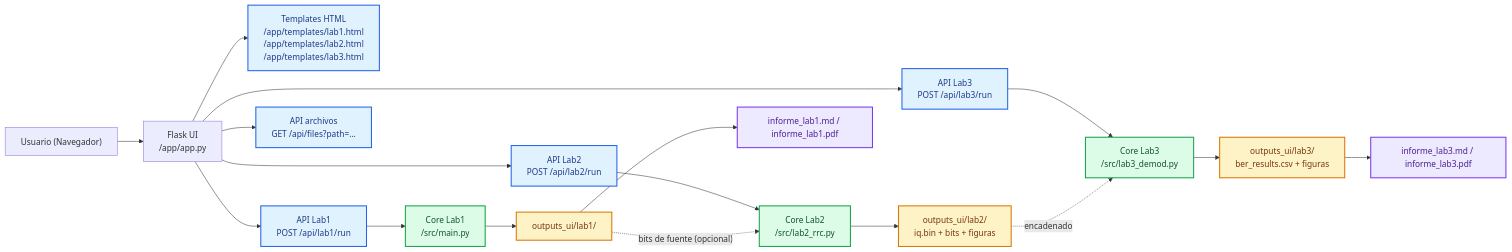
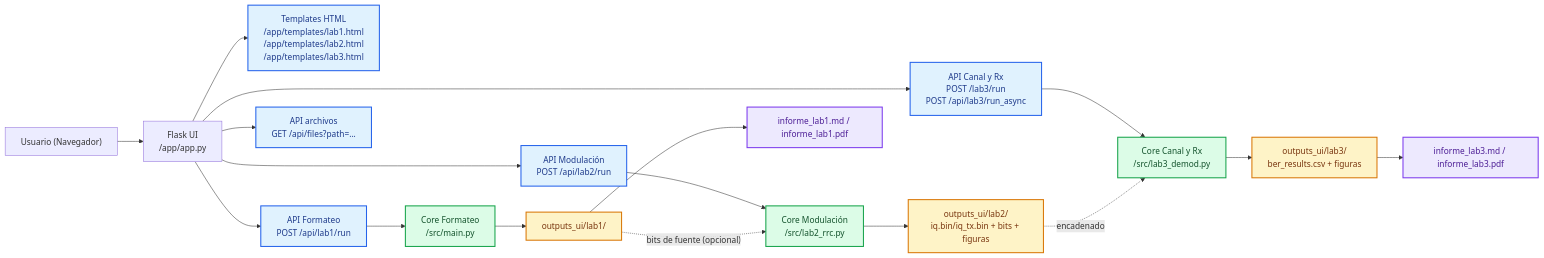
The second of 2 diagrams in README.md (ecoranti/CDA), drawn with Mermaid before and after one commit. The commit also changed other lines of this file and 19 other files, not shown here.

Commit message:
Document stages, clarify BER flow, and include final report

````diff
--- a/README.md
+++ b/README.md
@@ -167,29 +188,29 @@
 ```mermaid
 flowchart LR
     classDef web fill:#e0f2fe,stroke:#2563eb,stroke-width:2px,color:#1e3a8a
     classDef core fill:#dcfce7,stroke:#16a34a,stroke-width:2px,color:#14532d
     classDef out fill:#fef3c7,stroke:#d97706,stroke-width:2px,color:#78350f
     classDef doc fill:#ede9fe,stroke:#7c3aed,stroke-width:2px,color:#4c1d95
 
     U["Usuario (Navegador)"] --> F["Flask UI\n/app/app.py"]
 
     F --> T1["Templates HTML\n/app/templates/lab1.html\n/app/templates/lab2.html\n/app/templates/lab3.html"]:::web
-    F --> A1["API Lab1\nPOST /api/lab1/run"]:::web
-    F --> A2["API Lab2\nPOST /api/lab2/run"]:::web
-    F --> A3["API Lab3\nPOST /api/lab3/run"]:::web
+    F --> A1["API Formateo\nPOST /api/lab1/run"]:::web
+    F --> A2["API Modulación\nPOST /api/lab2/run"]:::web
+    F --> A3["API Canal y Rx\nPOST /lab3/run\nPOST /api/lab3/run_async"]:::web
     F --> AF["API archivos\nGET /api/files?path=..."]:::web
 
-    A1 --> M1["Core Lab1\n/src/main.py"]:::core
-    A2 --> M2["Core Lab2\n/src/lab2_rrc.py"]:::core
-    A3 --> M3["Core Lab3\n/src/lab3_demod.py"]:::core
+    A1 --> M1["Core Formateo\n/src/main.py"]:::core
+    A2 --> M2["Core Modulación\n/src/lab2_rrc.py"]:::core
+    A3 --> M3["Core Canal y Rx\n/src/lab3_demod.py"]:::core
 
     M1 --> O1["outputs_ui/lab1/<timestamp>"]:::out
-    M2 --> O2["outputs_ui/lab2/<timestamp>\niq.bin + bits + figuras"]:::out
+    M2 --> O2["outputs_ui/lab2/<timestamp>\niq.bin/iq_tx.bin + bits + figuras"]:::out
     M3 --> O3["outputs_ui/lab3/<timestamp>\nber_results.csv + figuras"]:::out
 
     O2 -. "encadenado" .-> M3
     O1 -. "bits de fuente (opcional)" .-> M2
 
     O1 --> R1["informe_lab1.md / informe_lab1.pdf"]:::doc
     O3 --> R3["informe_lab3.md / informe_lab3.pdf"]:::doc
 ```
````
